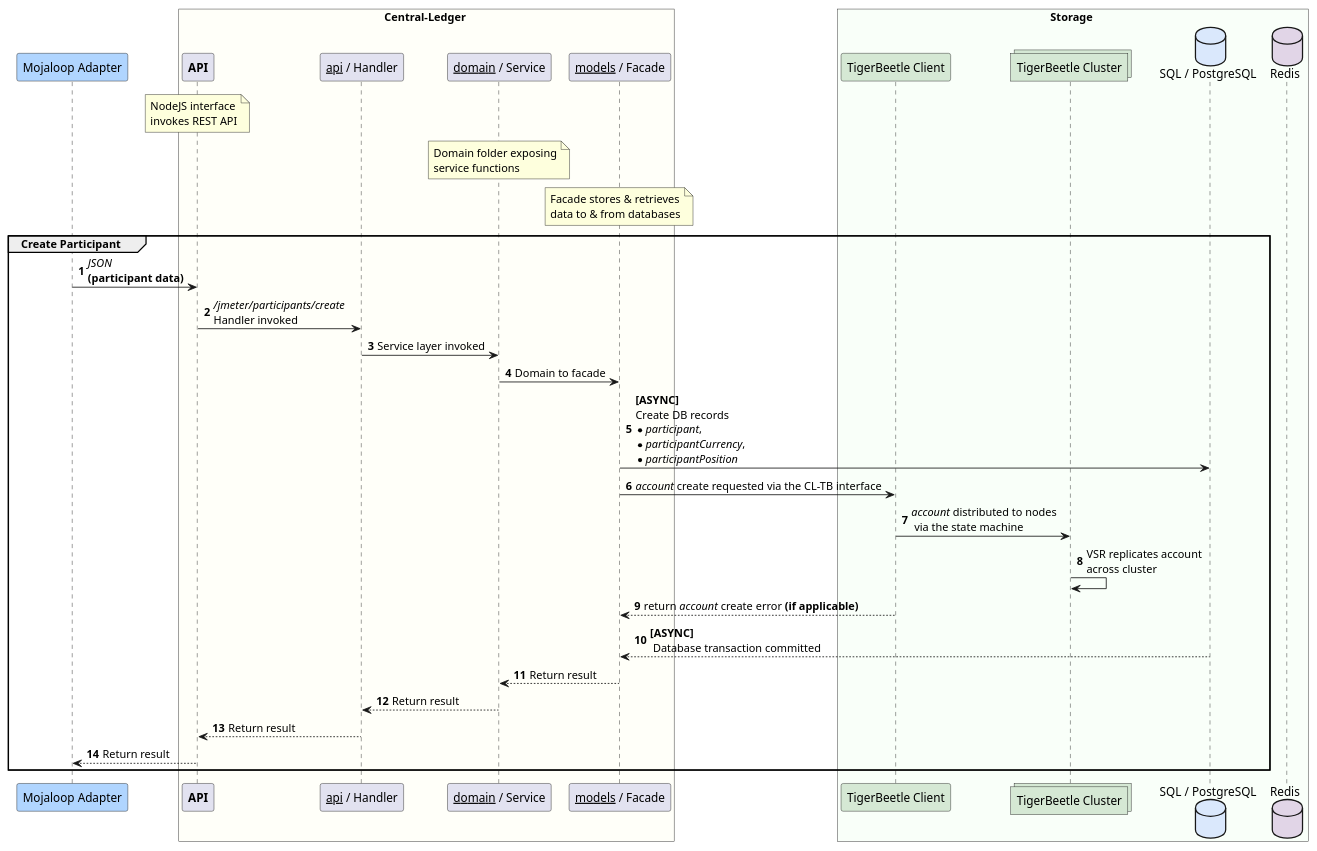
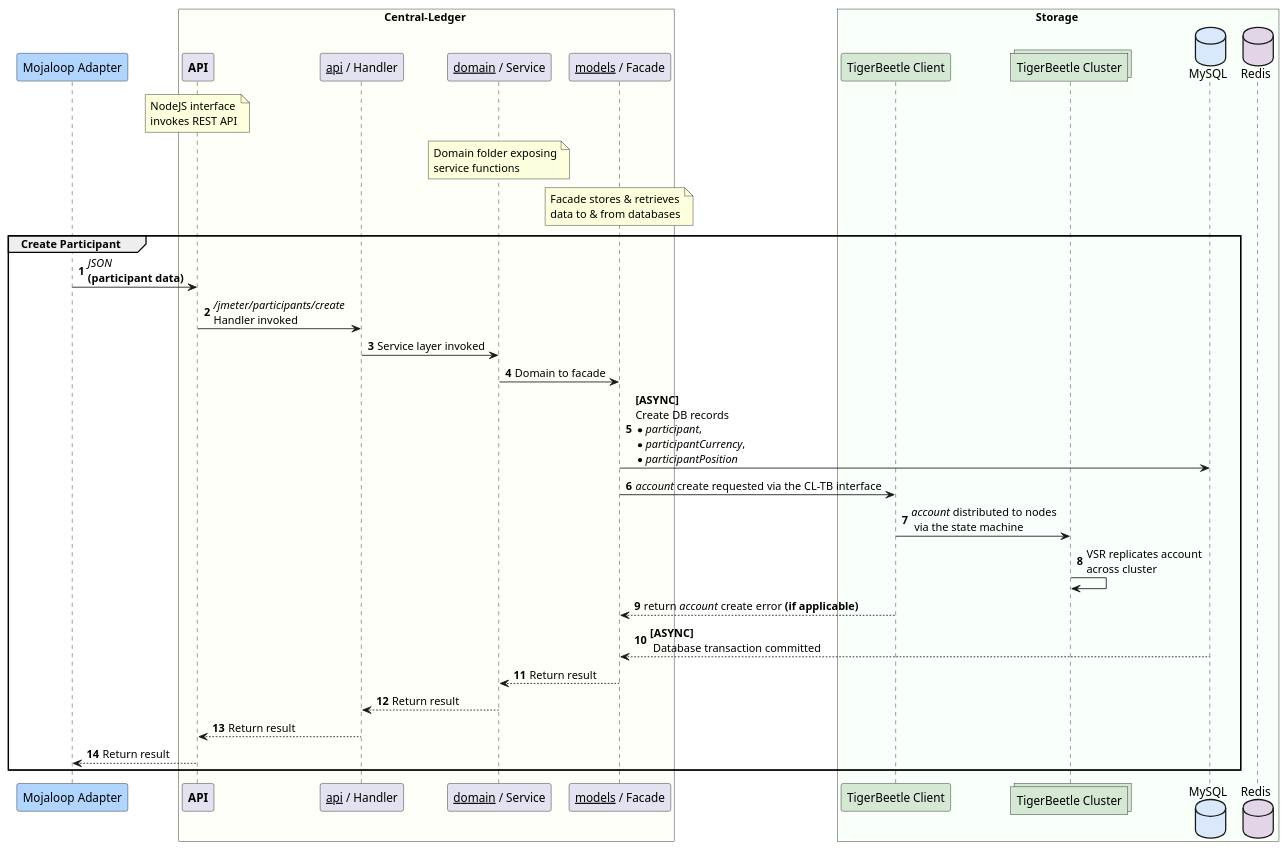
The diagram in solution_design/sequence-participant-tb-enabled-trimmed.puml (coilhq/mucoa), drawn with PlantUML before and after one commit. The commit also changed 10 other files, not shown here.

```diff
--- a/solution_design/sequence-participant-tb-enabled-trimmed.puml
+++ b/solution_design/sequence-participant-tb-enabled-trimmed.puml
@@ -1,52 +1,52 @@
 @startuml
 
 participant "Mojaloop Adapter" as dfsp #B0D5FF
 
 box Central-Ledger #FFFFF9
     participant "**API**" as cl_api
     participant "__api__ / Handler" as cl_handler
     participant "__domain__ / Service" as cl_domain
     participant "__models__ / Facade" as cl_facade
 
     note over cl_api
         NodeJS interface
         invokes REST API
     end note
 
     note over cl_domain
         Domain folder exposing
         service functions
     end note
 
     note over cl_facade
         Facade stores & retrieves
         data to & from databases
     end note
 end box
 
 box Storage #F9FFF9
 	Participant "TigerBeetle Client" as tb_client #D5E8D4
 	collections "TigerBeetle Cluster" as tb_nodes #D5E8D4
-	database "SQL / PostgreSQL" as cl_db #DAE8FC
+	database "MySQL" as cl_db #DAE8FC
 	database "Redis" as redis_cache #E1D5E7
 end box
 
 autonumber
 group Create Participant
     dfsp -> cl_api : //JSON// \n**(participant data)**
     cl_api -> cl_handler : ///jmeter/participants/create// \nHandler invoked
     cl_handler -> cl_domain : Service layer invoked
     cl_domain -> cl_facade : Domain to facade
     cl_facade -> cl_db : **[ASYNC]** \nCreate DB records \n*//participant//, \n*//participantCurrency//, \n*//participantPosition//
     cl_facade -> tb_client : //account// create requested via the CL-TB interface
     tb_client -> tb_nodes : //account// distributed to nodes\n via the state machine
     tb_nodes -> tb_nodes : VSR replicates account \nacross cluster
     tb_client --> cl_facade : return //account// create error **(if applicable)**
     cl_facade <-- cl_db : **[ASYNC]**\n Database transaction committed
     cl_facade --> cl_domain : Return result
     cl_domain --> cl_handler : Return result
     cl_handler --> cl_api : Return result
     cl_api --> dfsp : Return result
 end
 
 @enduml
```
